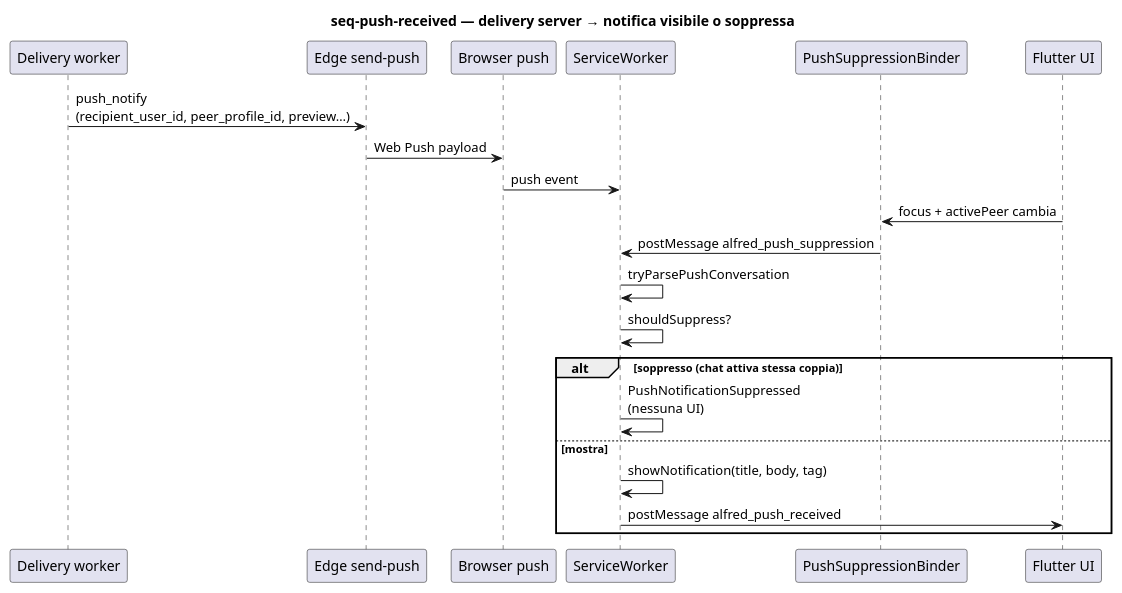
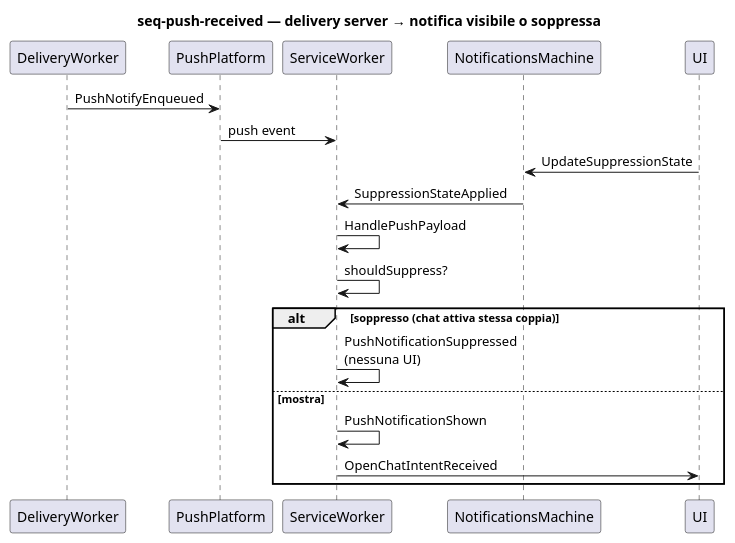
Before and after one commit to alfred-im/XmppTest: the diagram in docs/model/uml/notifications/seq-push-received.puml, drawn with PlantUML. The commit also changed 48 other files, not shown here.

```diff
--- a/docs/model/uml/notifications/seq-push-received.puml
+++ b/docs/model/uml/notifications/seq-push-received.puml
@@ -1,34 +1,32 @@
 @startuml seq-push-received
 ' Context: notifications
+' Profile: client
 ' Command: HandlePushPayload
-' Contract: docs/specs/contracts/push-payload.md §2–3
 ' SDD: PROM-PUSH-NOTIFY-022, SURF-NOTIFICATIONS-005–008
-' Revision: 2026-07-18
+' Revision: 2026-07-19
 
 title seq-push-received — delivery server → notifica visibile o soppressa
 
-participant "Delivery worker" as Del
-participant "Edge send-push" as EF
-participant "Browser push" as BP
+participant "DeliveryWorker" as Del
+participant "PushPlatform" as PP
 participant "ServiceWorker" as SW
-participant "PushSuppressionBinder" as Sup
-participant "Flutter UI" as UI
+participant "NotificationsMachine" as NM
+participant "UI" as UI
 
-Del -> EF : push_notify\n(recipient_user_id, peer_profile_id, preview…)
-EF -> BP : Web Push payload
-BP -> SW : push event
+Del -> PP : PushNotifyEnqueued
+PP -> SW : push event
 
-UI -> Sup : focus + activePeer cambia
-Sup -> SW : postMessage alfred_push_suppression
+UI -> NM : UpdateSuppressionState
+NM -> SW : SuppressionStateApplied
 
-SW -> SW : tryParsePushConversation
+SW -> SW : HandlePushPayload
 SW -> SW : shouldSuppress?
 
 alt soppresso (chat attiva stessa coppia)
   SW -> SW : PushNotificationSuppressed\n(nessuna UI)
 else mostra
-  SW -> SW : showNotification(title, body, tag)
-  SW -> UI : postMessage alfred_push_received
+  SW -> SW : PushNotificationShown
+  SW -> UI : OpenChatIntentReceived
 end
 
 @enduml
```
